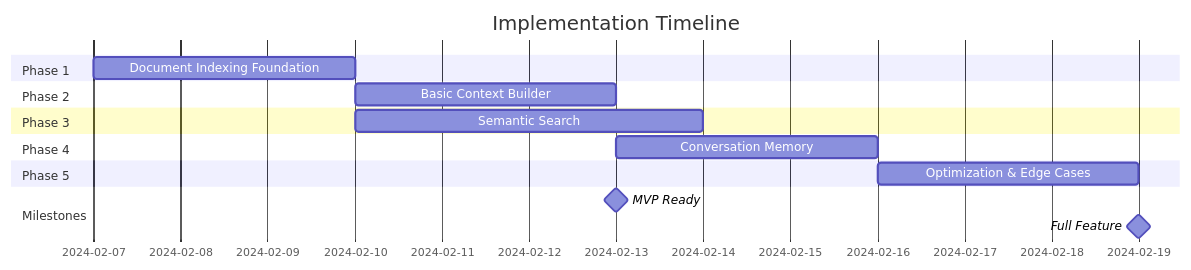
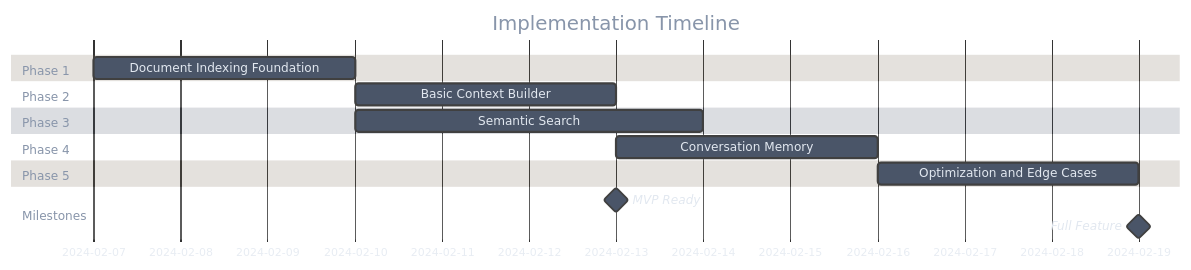
Before and after one commit to manumishra-zm/execution_plan: diagram 11 of 22 in chat_context/chat_context.md, drawn with Mermaid. The commit also changed other lines of this file, not shown here.

````diff
--- a/chat_context/chat_context.md
+++ b/chat_context/chat_context.md
@@ -450,24 +471,25 @@
 ```mermaid
+%%{init: {'theme': 'base', 'themeVariables': { 'primaryColor': '#4a5568', 'primaryTextColor': '#e2e8f0'}}}%%
 gantt
     title Implementation Timeline
     dateFormat YYYY-MM-DD
 
     section Phase 1
     Document Indexing Foundation    :p1, 2024-02-07, 3d
 
     section Phase 2
     Basic Context Builder           :p2, after p1, 3d
 
     section Phase 3
     Semantic Search                 :p3, after p1, 4d
 
     section Phase 4
     Conversation Memory             :p4, after p2, 3d
 
     section Phase 5
-    Optimization & Edge Cases       :p5, after p3 p4, 3d
+    Optimization and Edge Cases     :p5, after p3 p4, 3d
 
     section Milestones
     MVP Ready                       :milestone, after p2, 0d
     Full Feature                    :milestone, after p5, 0d
 ```
````
